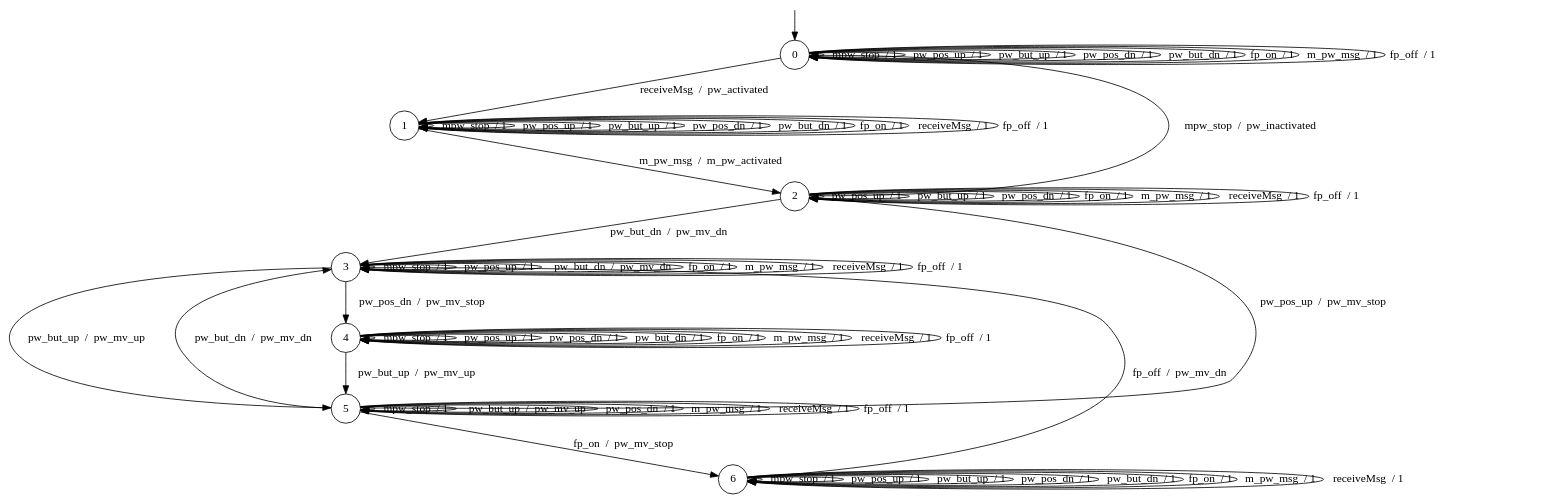
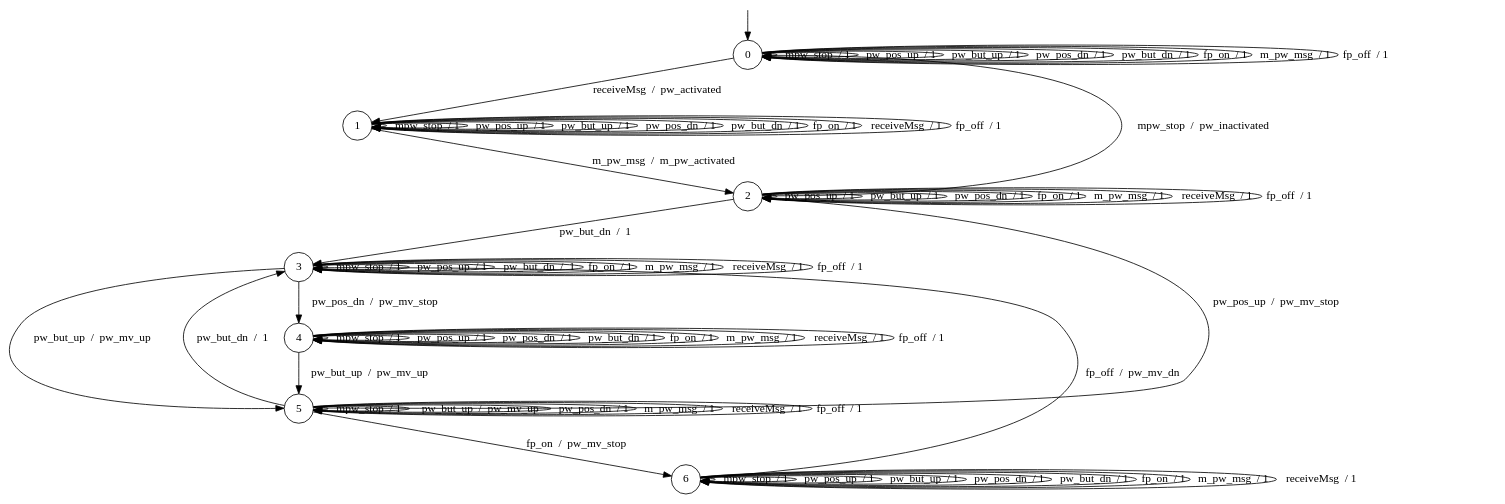
The diagram in Real-Tests/resources/Synchs/1/4_1_BCS_MPW.dot (AryanBastani/SCL-Star), drawn with Graphviz before and after one commit. The commit also changed 15 other files, not shown here.

```diff
--- a/Real-Tests/resources/Synchs/1/4_1_BCS_MPW.dot
+++ b/Real-Tests/resources/Synchs/1/4_1_BCS_MPW.dot
@@ -1,77 +1,77 @@
 digraph g {
 
 	s0 [shape="circle" label="0"];
 	s1 [shape="circle" label="1"];
 	s2 [shape="circle" label="2"];
 	s3 [shape="circle" label="3"];
 	s4 [shape="circle" label="4"];
 	s5 [shape="circle" label="5"];
 	s6 [shape="circle" label="6"];
 	s0 -> s0 [label="mpw_stop  / 1"];
 	s0 -> s0 [label="pw_pos_up  / 1"];
 	s0 -> s0 [label="pw_but_up  / 1"];
 	s0 -> s0 [label="pw_pos_dn  / 1"];
 	s0 -> s0 [label="pw_but_dn  / 1"];
 	s0 -> s0 [label="fp_on  / 1"];
 	s0 -> s0 [label="m_pw_msg  / 1"];
 	s0 -> s1 [label="receiveMsg  /  pw_activated"];
 	s0 -> s0 [label="fp_off  / 1"];
 	s1 -> s1 [label="mpw_stop  / 1"];
 	s1 -> s1 [label="pw_pos_up  / 1"];
 	s1 -> s1 [label="pw_but_up  / 1"];
 	s1 -> s1 [label="pw_pos_dn  / 1"];
 	s1 -> s1 [label="pw_but_dn  / 1"];
 	s1 -> s1 [label="fp_on  / 1"];
 	s1 -> s2 [label="m_pw_msg  /  m_pw_activated"];
 	s1 -> s1 [label="receiveMsg  / 1"];
 	s1 -> s1 [label="fp_off  / 1"];
 	s2 -> s0 [label="mpw_stop  /  pw_inactivated"];
 	s2 -> s2 [label="pw_pos_up  / 1"];
 	s2 -> s2 [label="pw_but_up  / 1"];
 	s2 -> s2 [label="pw_pos_dn  / 1"];
-	s2 -> s3 [label="pw_but_dn  /  pw_mv_dn"];
+	s2 -> s3 [label="pw_but_dn  /  1"];
 	s2 -> s2 [label="fp_on  / 1"];
 	s2 -> s2 [label="m_pw_msg  / 1"];
 	s2 -> s2 [label="receiveMsg  / 1"];
 	s2 -> s2 [label="fp_off  / 1"];
 	s3 -> s3 [label="mpw_stop  / 1"];
 	s3 -> s3 [label="pw_pos_up  / 1"];
 	s3 -> s5 [label="pw_but_up  /  pw_mv_up"];
 	s3 -> s4 [label="pw_pos_dn  /  pw_mv_stop"];
-	s3 -> s3 [label="pw_but_dn  /  pw_mv_dn"];
+	s3 -> s3 [label="pw_but_dn  /  1"];
 	s3 -> s3 [label="fp_on  / 1"];
 	s3 -> s3 [label="m_pw_msg  / 1"];
 	s3 -> s3 [label="receiveMsg  / 1"];
 	s3 -> s3 [label="fp_off  / 1"];
 	s4 -> s4 [label="mpw_stop  / 1"];
 	s4 -> s4 [label="pw_pos_up  / 1"];
 	s4 -> s5 [label="pw_but_up  /  pw_mv_up"];
 	s4 -> s4 [label="pw_pos_dn  / 1"];
 	s4 -> s4 [label="pw_but_dn  / 1"];
 	s4 -> s4 [label="fp_on  / 1"];
 	s4 -> s4 [label="m_pw_msg  / 1"];
 	s4 -> s4 [label="receiveMsg  / 1"];
 	s4 -> s4 [label="fp_off  / 1"];
 	s5 -> s5 [label="mpw_stop  / 1"];
 	s5 -> s2 [label="pw_pos_up  /  pw_mv_stop"];
 	s5 -> s5 [label="pw_but_up  /  pw_mv_up"];
 	s5 -> s5 [label="pw_pos_dn  / 1"];
-	s5 -> s3 [label="pw_but_dn  /  pw_mv_dn"];
+	s5 -> s3 [label="pw_but_dn  /  1"];
 	s5 -> s6 [label="fp_on  /  pw_mv_stop"];
 	s5 -> s5 [label="m_pw_msg  / 1"];
 	s5 -> s5 [label="receiveMsg  / 1"];
 	s5 -> s5 [label="fp_off  / 1"];
 	s6 -> s6 [label="mpw_stop  / 1"];
 	s6 -> s6 [label="pw_pos_up  / 1"];
 	s6 -> s6 [label="pw_but_up  / 1"];
 	s6 -> s6 [label="pw_pos_dn  / 1"];
 	s6 -> s6 [label="pw_but_dn  / 1"];
 	s6 -> s6 [label="fp_on  / 1"];
 	s6 -> s6 [label="m_pw_msg  / 1"];
 	s6 -> s6 [label="receiveMsg  / 1"];
 	s6 -> s3 [label="fp_off  /  pw_mv_dn"];
 
 __start0 [label="" shape="none" width="0" height="0"];
 __start0 -> s0;
 
 }
```
